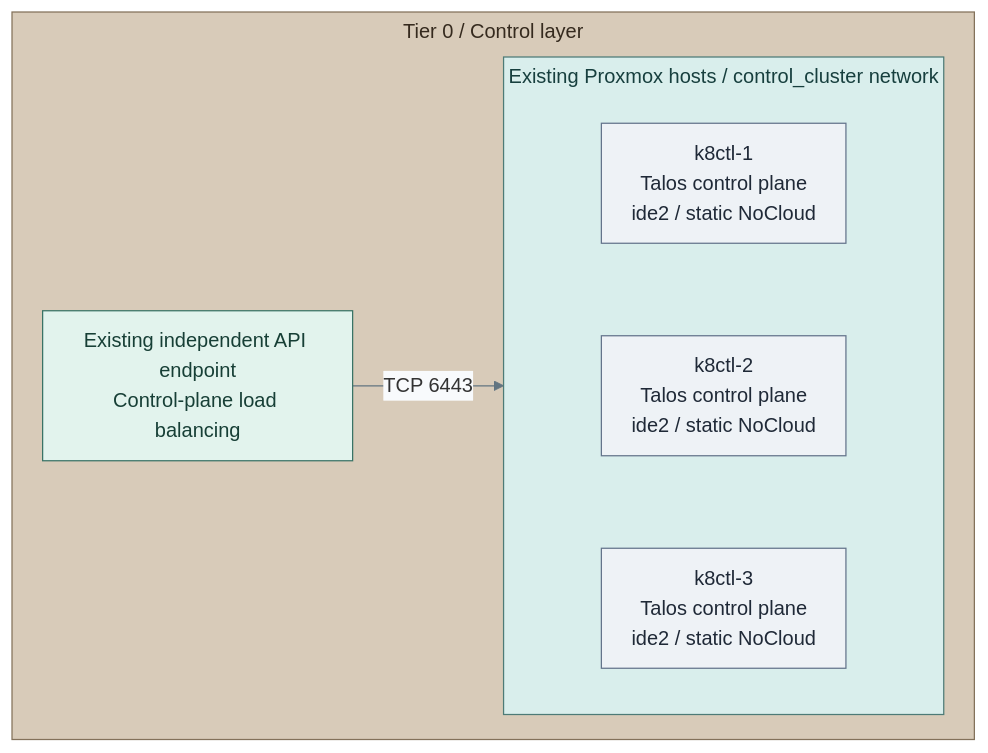
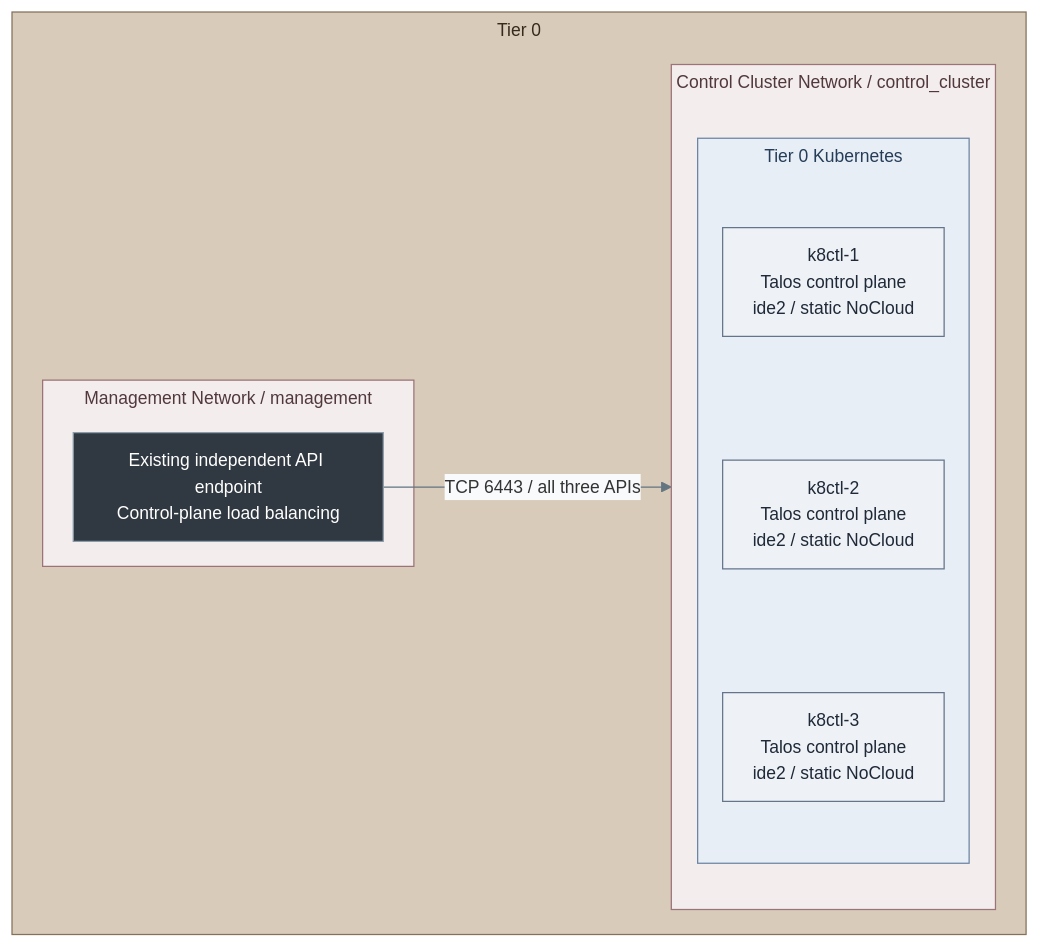
Before and after one commit to Rexus/homelab: the first of 3 diagrams in docs/03-deployment/stage-4-kubernetes/README.md, drawn with Mermaid. The commit also changed other lines of this file and 124 other files, not shown here.

First line of the commit message:
fix(platform): align service diagrams and directory failover

````diff
--- a/docs/03-deployment/stage-4-kubernetes/README.md
+++ b/docs/03-deployment/stage-4-kubernetes/README.md
@@ -9,25 +9,35 @@
 ```mermaid
-%%{init: {"theme":"base","flowchart":{"nodeSpacing":20,"rankSpacing":24,"padding":12,"subGraphTitleMargin":{"top":4,"bottom":12}},"themeVariables":{"lineColor":"#627581","edgeLabelBackground":"#f8fafc"}}}%%
-flowchart TB
-  subgraph T0["Tier 0 / Control layer"]
+%%{init: {"theme":"base","flowchart":{"nodeSpacing":20,"rankSpacing":24,"padding":12,"subGraphTitleMargin":{"top":4,"bottom":18}},"themeVariables":{"lineColor":"#627581","edgeLabelBackground":"#f8fafc","fontFamily":"Arial, sans-serif","fontSize":"14px"},"fontFamily":"Arial, sans-serif"}}%%
+flowchart LR
+  subgraph T0["Tier 0"]
     direction LR
-    subgraph PVE["Existing Proxmox hosts / control_cluster network"]
+    subgraph Network["Control Cluster Network / control_cluster"]
       direction TB
-      CP1["k8ctl-1<br/>Talos control plane<br/>ide2 / static NoCloud"]
-      CP2["k8ctl-2<br/>Talos control plane<br/>ide2 / static NoCloud"]
-      CP3["k8ctl-3<br/>Talos control plane<br/>ide2 / static NoCloud"]
-      CP1 ~~~ CP2 ~~~ CP3
+      subgraph Cluster["Tier 0 Kubernetes"]
+        direction TB
+        CP1["k8ctl-1<br/>Talos control plane<br/>ide2 / static NoCloud"]
+        CP2["k8ctl-2<br/>Talos control plane<br/>ide2 / static NoCloud"]
+        CP3["k8ctl-3<br/>Talos control plane<br/>ide2 / static NoCloud"]
+        CP1 ~~~ CP2 ~~~ CP3
+      end
     end
-    API["Existing independent API endpoint<br/>Control-plane load balancing"]
-    API -->|TCP 6443| PVE
+    subgraph ManagementNetwork["Management Network / management"]
+      API["Existing independent API endpoint<br/>Control-plane load balancing"]
+    end
   end
+    API -->|TCP 6443 / all three APIs| Cluster
   classDef default fill:#f8fafc,stroke:#64748b,color:#1f2937
   classDef boundary fill:#eef2f6,stroke:#64748b,color:#1f2937
   classDef control fill:#e2f3ed,stroke:#397366,color:#173f36
   classDef runtime fill:#d9eeec,stroke:#4d7b77,color:#173f3e
-  class API control
-  class PVE runtime
+  classDef traffic fill:#303841,stroke:#8a9baa,color:#ffffff
+  class API traffic
+  classDef kubernetes fill:#e8eef6,stroke:#6b83a3,color:#263d59
+  class Cluster kubernetes
+  classDef zoneControl fill:#c9e0d5,stroke:#397366,color:#173f36
   class CP1,CP2,CP3 boundary
   classDef tier0 fill:#d8cbb9,stroke:#83715a,color:#352a1e
   class T0 tier0
+  classDef network fill:#f4eded,stroke:#9b7378,color:#50383d
+  class Network,ManagementNetwork network
 ```
````
